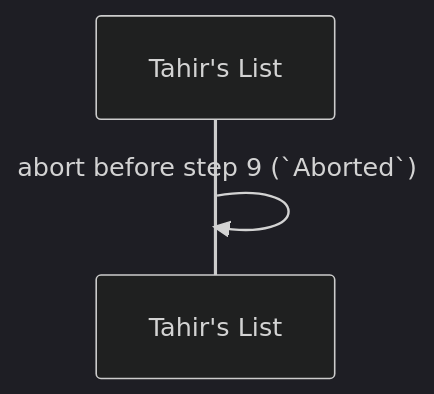
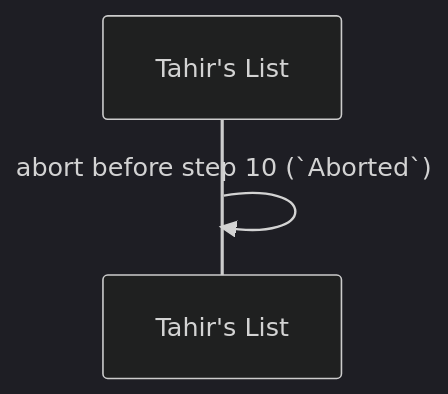
One commit to Losers-Lab/tahirs-list changed the seventh of 12 diagrams in docs/features/SC-211/04-blackbox/UC-01-run-sample-directory-ingestion.md. Above: the diagram before and after it, drawn with Mermaid (dark theme). The commit also changed other lines of this file and 8 other files, not shown here.

````diff
--- a/docs/features/SC-211/04-blackbox/UC-01-run-sample-directory-ingestion.md
+++ b/docs/features/SC-211/04-blackbox/UC-01-run-sample-directory-ingestion.md
@@ -55,5 +63,5 @@
 ```mermaid
 sequenceDiagram
   participant TL as Tahir's List
-  TL->>TL: abort before step 9 (`Aborted`)
+  TL->>TL: abort before step 10 (`Aborted`)
 ```
````
